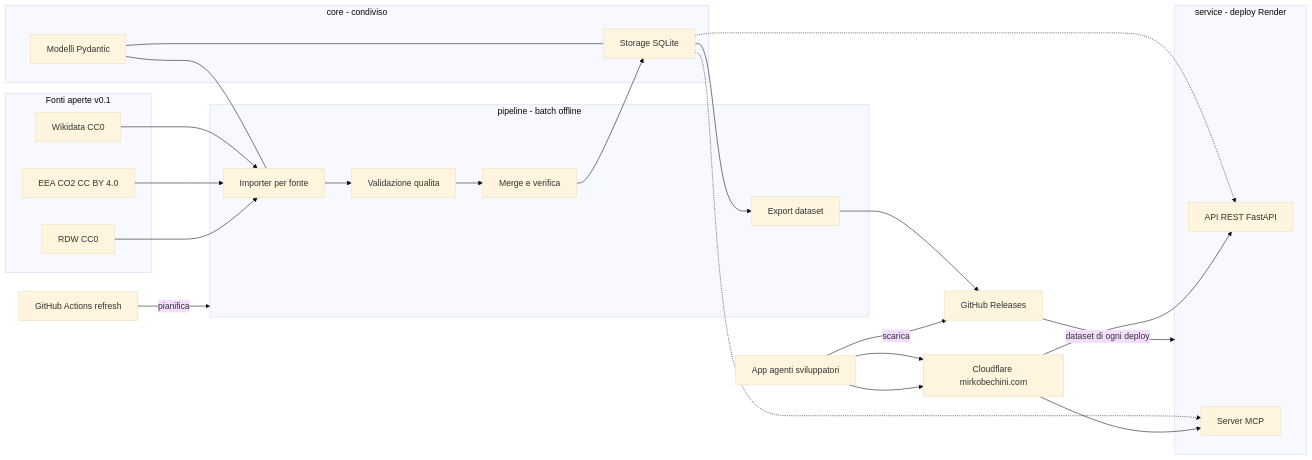
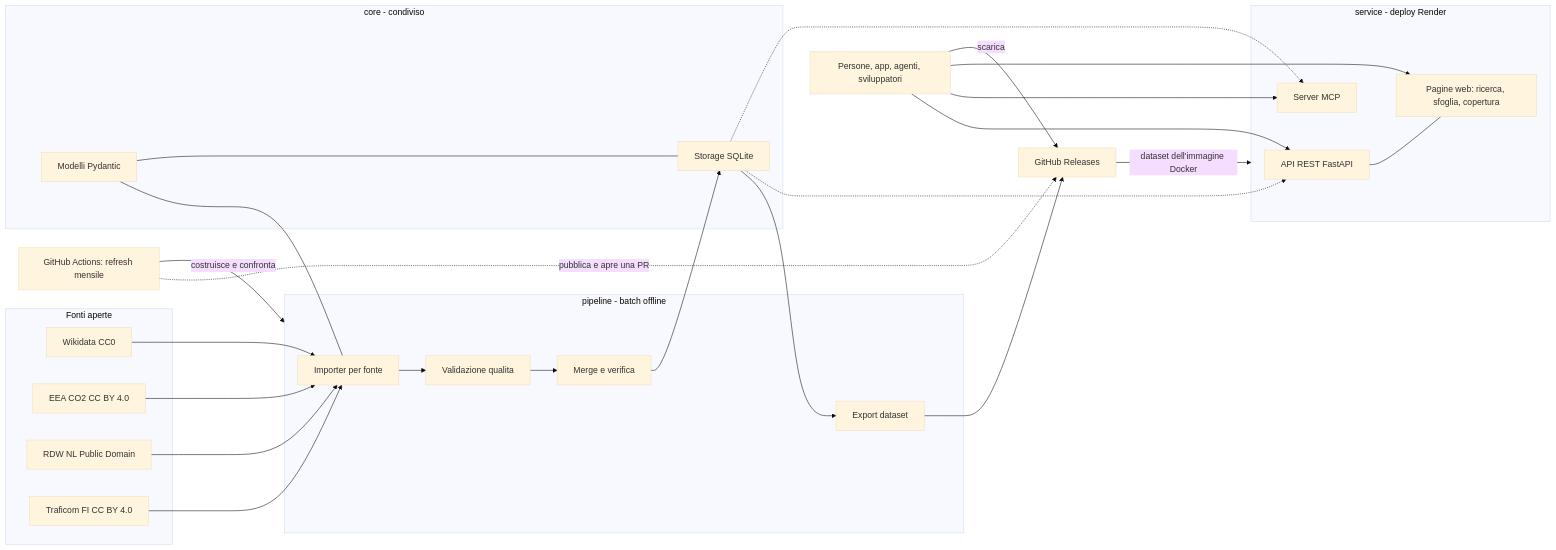
One commit to mirkobechini/openvehicle-data changed the diagram in architecture.mmd. Above: the diagram before and after it, drawn with Mermaid (base theme). The commit also changed 1 other file, not shown here.

Commit message:
docs(docs): regenerate the architecture diagram (sources, no Cloudflare, web pages) (issue-207)

```diff
--- a/architecture.mmd
+++ b/architecture.mmd
@@ -1,39 +1,44 @@
 flowchart LR
-  subgraph SRC[Fonti aperte v0.1]
+  subgraph SRC[Fonti aperte]
     WD[Wikidata CC0]
     EEA[EEA CO2 CC BY 4.0]
-    RDW[RDW CC0]
+    RDW[RDW NL Public Domain]
+    TRF[Traficom FI CC BY 4.0]
   end
   subgraph PIPE[pipeline - batch offline]
     IMP[Importer per fonte]
     VAL[Validazione qualita]
     MRG[Merge e verifica]
     EXP[Export dataset]
   end
   subgraph CORE[core - condiviso]
     MOD[Modelli Pydantic]
     STO[Storage SQLite]
   end
   subgraph SVC[service - deploy Render]
     API[API REST FastAPI]
     MCP[Server MCP]
+    SITE[Pagine web: ricerca, sfoglia, copertura]
   end
   GH[GitHub Releases]
-  CF[Cloudflare mirkobechini.com]
-  USR[App agenti sviluppatori]
-  GA[GitHub Actions refresh]
+  USR[Persone, app, agenti, sviluppatori]
+  GA[GitHub Actions: refresh mensile]
 
   WD --> IMP
   EEA --> IMP
   RDW --> IMP
+  TRF --> IMP
   IMP --> VAL --> MRG --> STO
   MOD --- IMP
   MOD --- STO
   STO --> EXP --> GH
-  GH -->|dataset di ogni deploy| SVC
+  GH -->|dataset dell'immagine Docker| SVC
   STO -.-> API
   STO -.-> MCP
-  GA -->|pianifica| PIPE
-  USR --> CF --> API
-  USR --> CF --> MCP
+  API --- SITE
+  GA -->|costruisce e confronta| PIPE
+  GA -.->|pubblica e apre una PR| GH
+  USR --> API
+  USR --> MCP
+  USR --> SITE
   USR -->|scarica| GH
```
